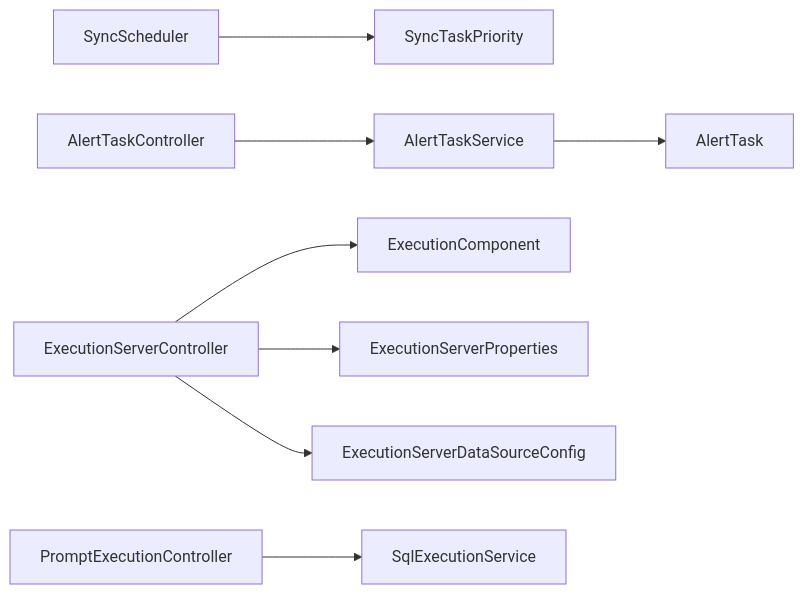
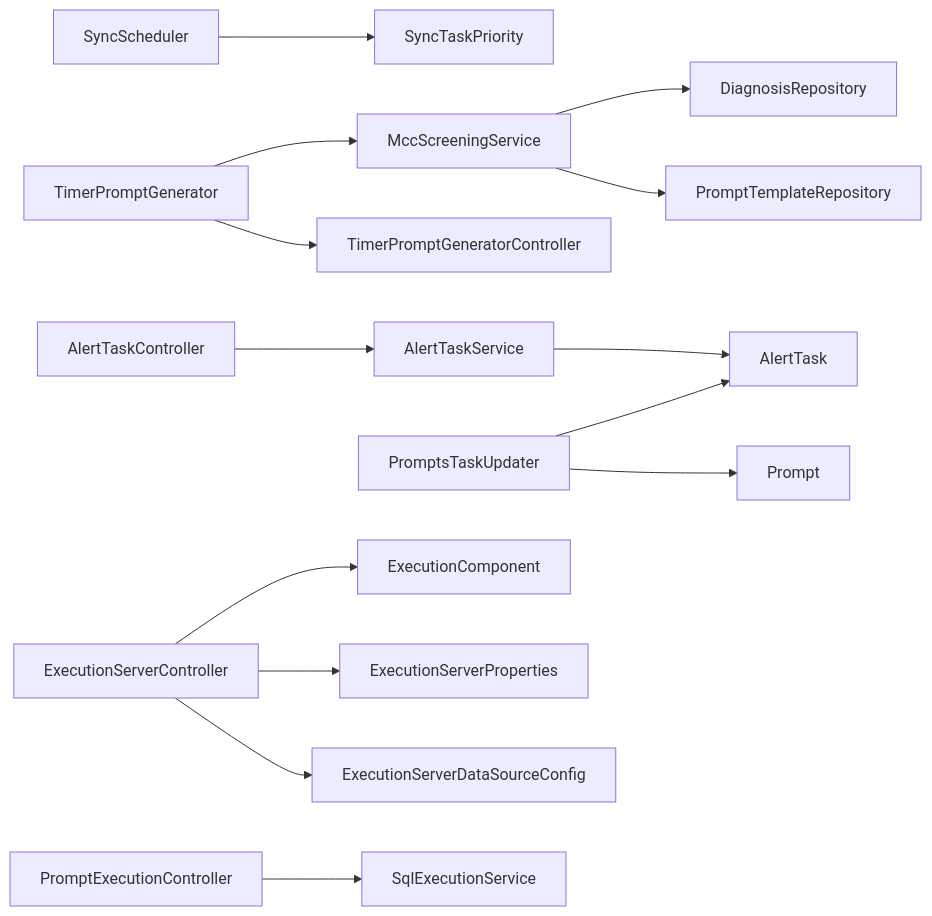
Before and after one commit to liuzh2008/med_ai_assistant_workspace: diagram 13 of 13 in .qoder/repowiki/zh/content/核心功能模块/任务调度系统.md, drawn with Mermaid. The commit also changed other lines of this file and 5 other files, not shown here.

````diff
--- a/.qoder/repowiki/zh/content/核心功能模块/任务调度系统.md
+++ b/.qoder/repowiki/zh/content/核心功能模块/任务调度系统.md
@@ -360,10 +524,16 @@
 ```mermaid
 graph LR
 SS["SyncScheduler"] --> STP["SyncTaskPriority"]
 ATS["AlertTaskService"] --> AT["AlertTask"]
+TPG["TimerPromptGenerator"] --> TPCC["TimerPromptGeneratorController"]
+TPG --> MSS["MccScreeningService"]
+MSS --> DR["DiagnosisRepository"]
+MSS --> PTR["PromptTemplateRepository"]
+PTU["PromptsTaskUpdater"] --> AT["AlertTask"]
+PTU --> PT["Prompt"]
 ESC["ExecutionServerController"] --> EC["ExecutionComponent"]
 ESC --> ESP["ExecutionServerProperties"]
 ESC --> ESDC["ExecutionServerDataSourceConfig"]
 ATC["AlertTaskController"] --> ATS
 PEC["PromptExecutionController"] --> SQE["SqlExecutionService"]
 ```
````
